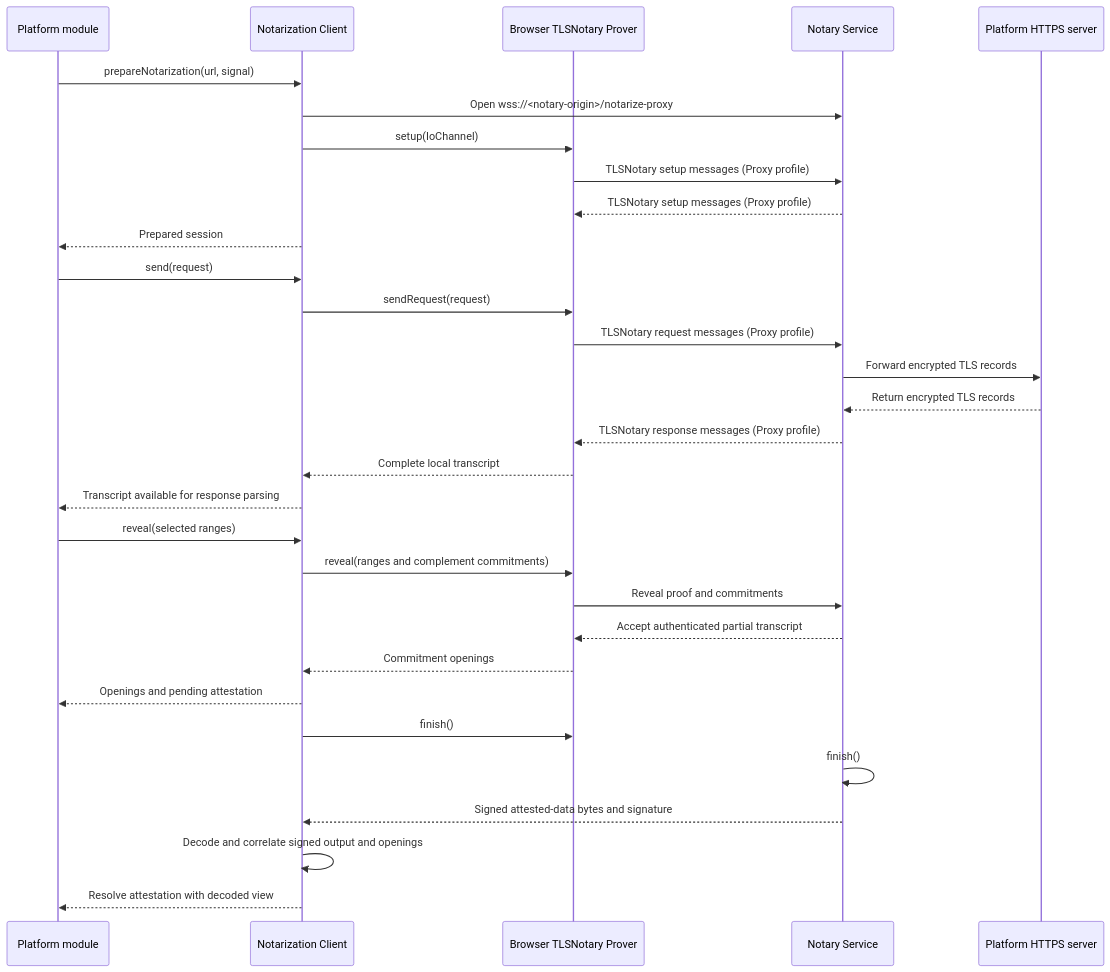
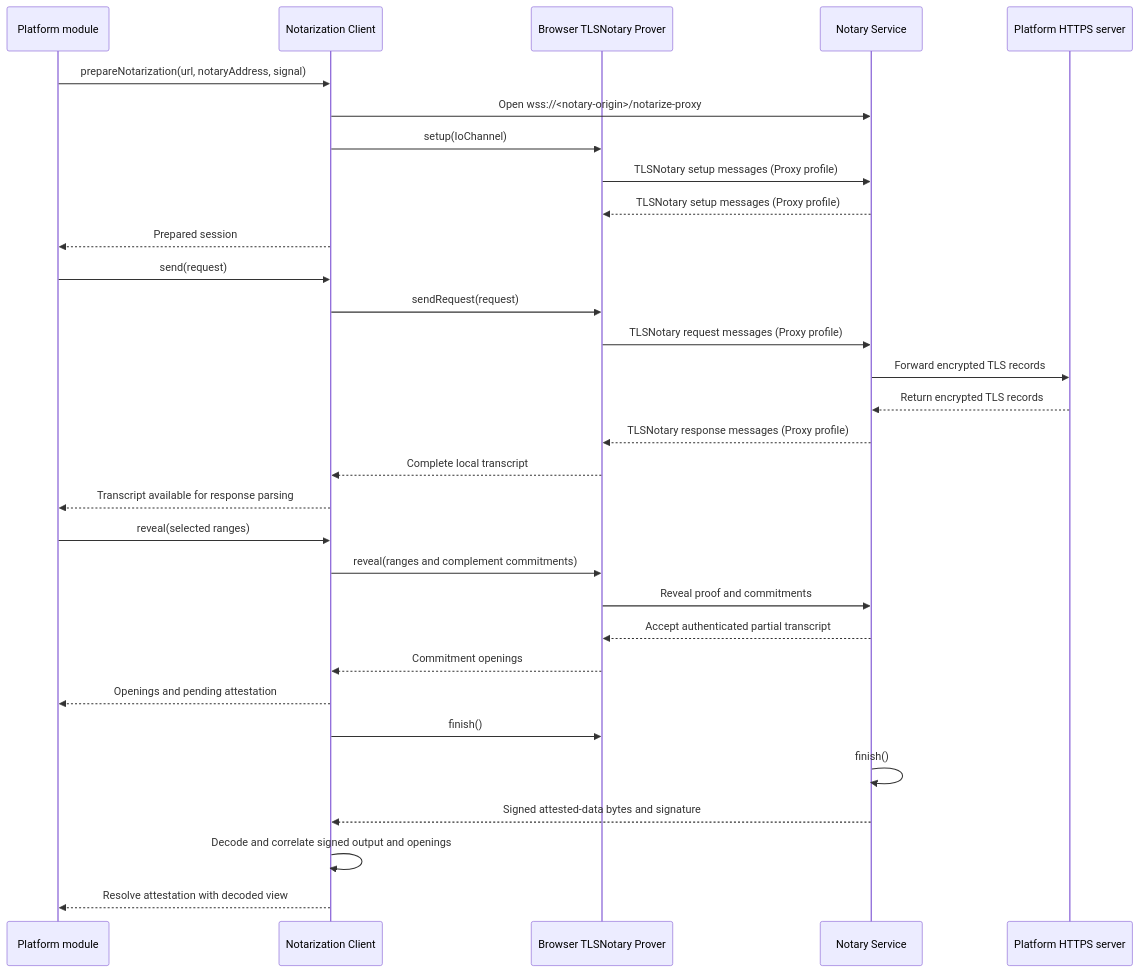
The diagram in ts/packages/ceremony/src/prover/notarization/docs/notarization.md (libid-org/libid), drawn with Mermaid before and after one commit. The commit also changed other lines of this file and 53 other files, not shown here.

````diff
--- a/ts/packages/ceremony/src/prover/notarization/docs/notarization.md
+++ b/ts/packages/ceremony/src/prover/notarization/docs/notarization.md
@@ -291,34 +313,34 @@
 ```mermaid
 sequenceDiagram
     participant M as Platform module
     participant T as Notarization Client
     participant W as Browser TLSNotary Prover
     participant N as Notary Service
     participant P as Platform HTTPS server
 
-    M->>T: prepareNotarization(url, signal)
+    M->>T: prepareNotarization(url, notaryAddress, signal)
     T->>N: Open wss://<notary-origin>/notarize-proxy
     T->>W: setup(IoChannel)
     W->>N: TLSNotary setup messages (Proxy profile)
     N-->>W: TLSNotary setup messages (Proxy profile)
     T-->>M: Prepared session
     M->>T: send(request)
     T->>W: sendRequest(request)
     W->>N: TLSNotary request messages (Proxy profile)
     N->>P: Forward encrypted TLS records
     P-->>N: Return encrypted TLS records
     N-->>W: TLSNotary response messages (Proxy profile)
     W-->>T: Complete local transcript
     T-->>M: Transcript available for response parsing
     M->>T: reveal(selected ranges)
     T->>W: reveal(ranges and complement commitments)
     W->>N: Reveal proof and commitments
     N-->>W: Accept authenticated partial transcript
     W-->>T: Commitment openings
     T-->>M: Openings and pending attestation
     T->>W: finish()
     N->>N: finish()
     N-->>T: Signed attested-data bytes and signature
     T->>T: Decode and correlate signed output and openings
     T-->>M: Resolve attestation with decoded view
 ```
````
